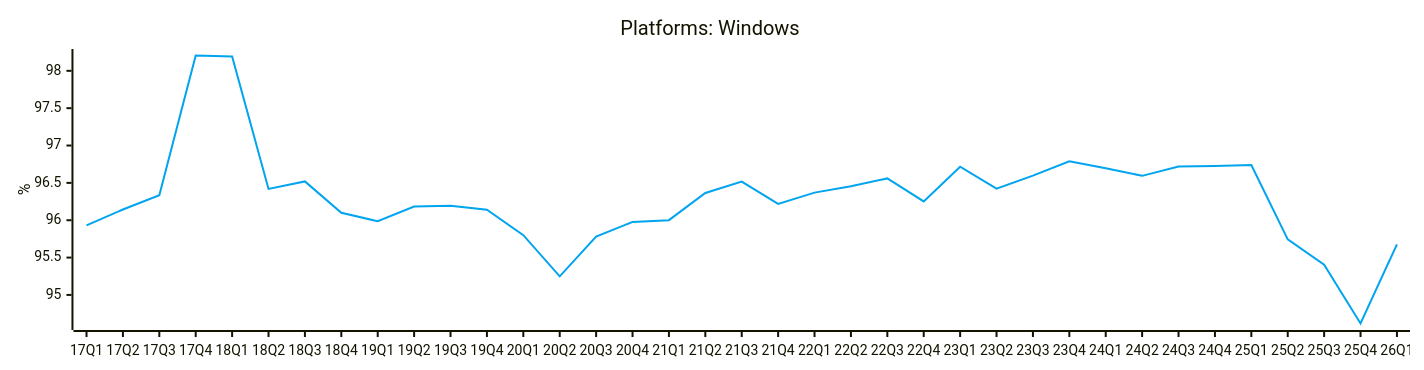
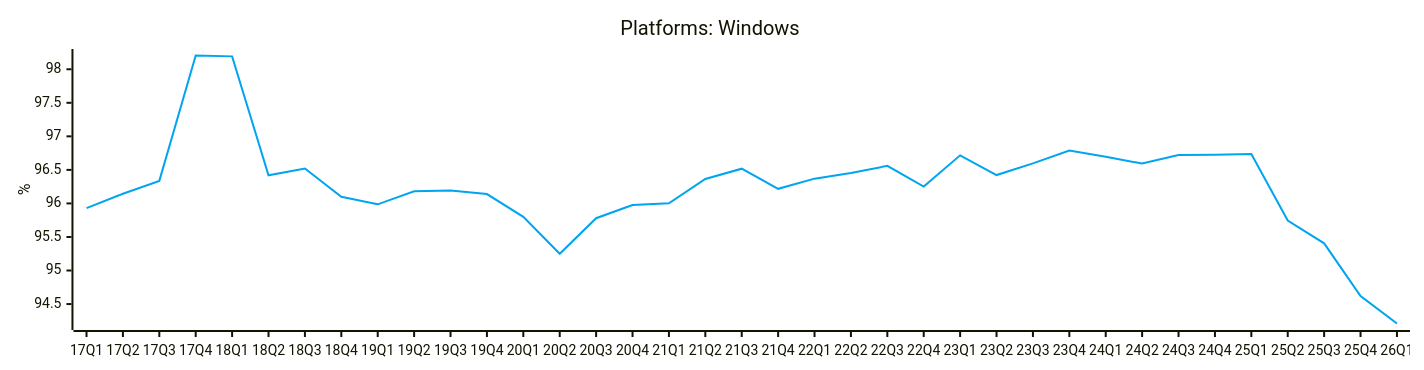
Before and after one commit to jdegene/steamHWsurvey: diagram 13 of 31 in README.md, drawn with Mermaid. The commit also changed other lines of this file and 5 other files, not shown here.

````diff
--- a/README.md
+++ b/README.md
@@ -444,19 +444,19 @@
 ```mermaid
 ---
 config:
     xyChart:
         width: 1400
         height: 350
         
     themeVariables:
         xyChart:
             plotColorPalette: "#00A4EF"
 
 --- 
 
 xychart-beta
     title "Platforms: Windows"
     x-axis [17Q1, 17Q2, 17Q3, 17Q4, 18Q1, 18Q2, 18Q3, 18Q4, 19Q1, 19Q2, 19Q3, 19Q4, 20Q1, 20Q2, 20Q3, 20Q4, 21Q1, 21Q2, 21Q3, 21Q4, 22Q1, 22Q2, 22Q3, 22Q4, 23Q1, 23Q2, 23Q3, 23Q4, 24Q1, 24Q2, 24Q3, 24Q4, 25Q1, 25Q2, 25Q3, 25Q4, 26Q1]
     y-axis "%" 
-    line [95.93077157802871, 96.14358153189218, 96.33579735211399, 98.2051556994227, 98.19224868254287, 96.41927606149704, 96.5195047886008, 96.09970461570235, 95.98653029864667, 96.18231901638656, 96.19248504877248, 96.13973260690635, 95.79966074962071, 95.24887243795703, 95.77968082937306, 95.97729984600053, 96.00093389366951, 96.3644960136504, 96.51791074644787, 96.2178647614611, 96.36945418071323, 96.45358462278666, 96.559659973536, 96.25178127450455, 96.71672771330697, 96.42300386215724, 96.59644556741958, 96.78761180751577, 96.69704930026714, 96.59410712782618, 96.72038365912319, 96.72614773948945, 96.73812324746858, 95.74425762677885, 95.4048291732717, 94.61750116087791, 95.67642405313]
+    line [95.93077157802868, 96.14358153189218, 96.335797352114, 98.2051556994227, 98.19224868254285, 96.41927606149703, 96.5195047886008, 96.09970461570235, 95.98653029864667, 96.18231901638656, 96.1924850487725, 96.13973260690635, 95.79966074962071, 95.24887243795703, 95.77968082937306, 95.97729984600053, 96.00093389366951, 96.3644960136504, 96.51791074644787, 96.2178647614611, 96.36945418071323, 96.45358462278666, 96.559659973536, 96.25178127450455, 96.71672771330697, 96.42300386215726, 96.5964455674196, 96.78761180751577, 96.69704930026714, 96.59410712782618, 96.7203836591232, 96.72614773948945, 96.73812324746858, 95.74425762677883, 95.4048291732717, 94.61750116087791, 94.21011700277774]
 ``` 
````
